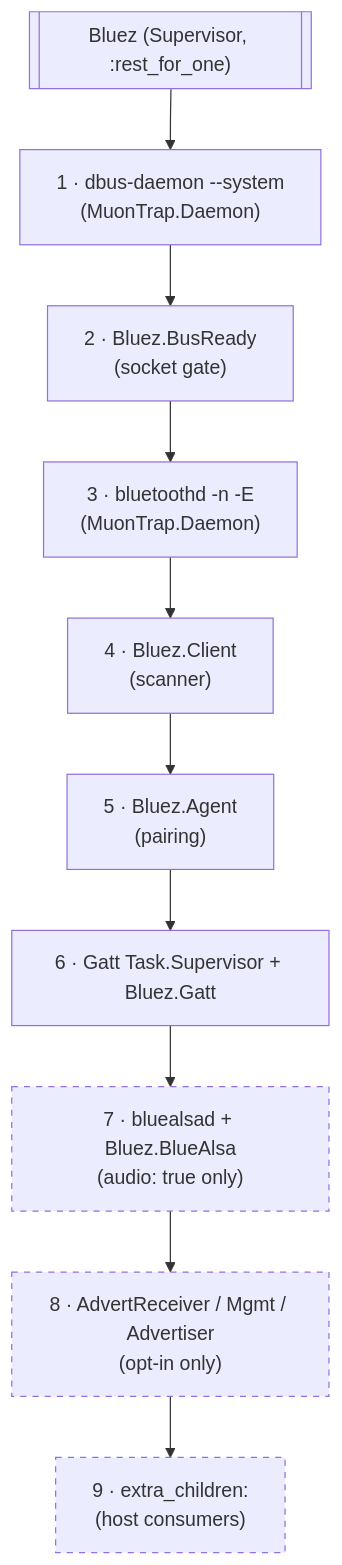
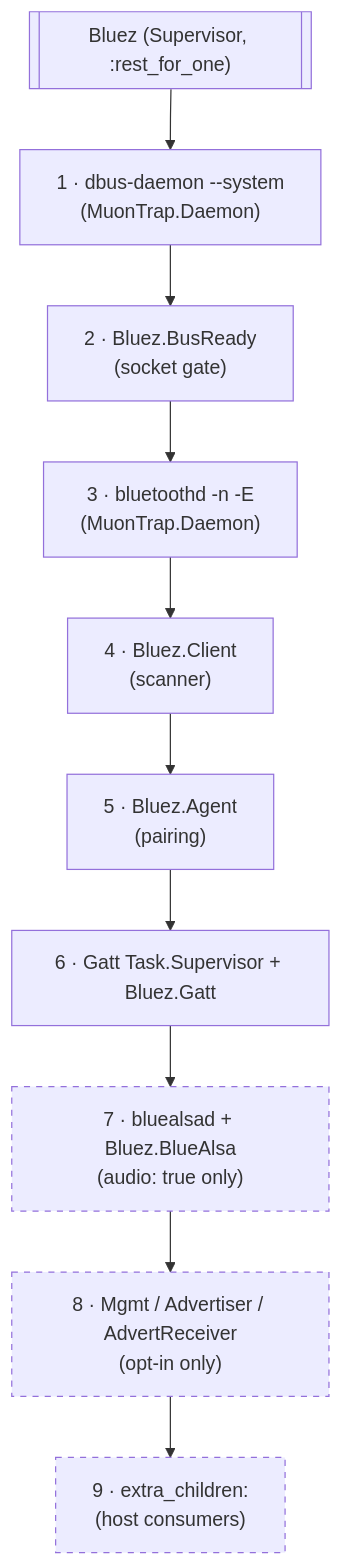
One commit to bbangert/bluez changed the first of 3 diagrams in guides/architecture.md. Above: the diagram before and after it, drawn with Mermaid. The commit also changed other lines of this file and 8 other files, not shown here.

````diff
--- a/guides/architecture.md
+++ b/guides/architecture.md
@@ -16,17 +16,17 @@
 ```mermaid
 flowchart TB
     sup[["Bluez (Supervisor, :rest_for_one)"]]
     sup --> dbus["1 · dbus-daemon --system<br/>(MuonTrap.Daemon)"]
     dbus --> gate["2 · Bluez.BusReady<br/>(socket gate)"]
     gate --> btd["3 · bluetoothd -n -E<br/>(MuonTrap.Daemon)"]
     btd --> client["4 · Bluez.Client<br/>(scanner)"]
     client --> agent["5 · Bluez.Agent<br/>(pairing)"]
     agent --> gatt["6 · Gatt Task.Supervisor + Bluez.Gatt"]
     gatt --> alsa["7 · bluealsad + Bluez.BlueAlsa<br/>(audio: true only)"]
-    alsa --> radio["8 · AdvertReceiver / Mgmt / Advertiser<br/>(opt-in only)"]
+    alsa --> radio["8 · Mgmt / Advertiser / AdvertReceiver<br/>(opt-in only)"]
     radio --> extra["9 · extra_children:<br/>(host consumers)"]
 
     style alsa stroke-dasharray: 5 5
     style radio stroke-dasharray: 5 5
     style extra stroke-dasharray: 5 5
 ```
````
